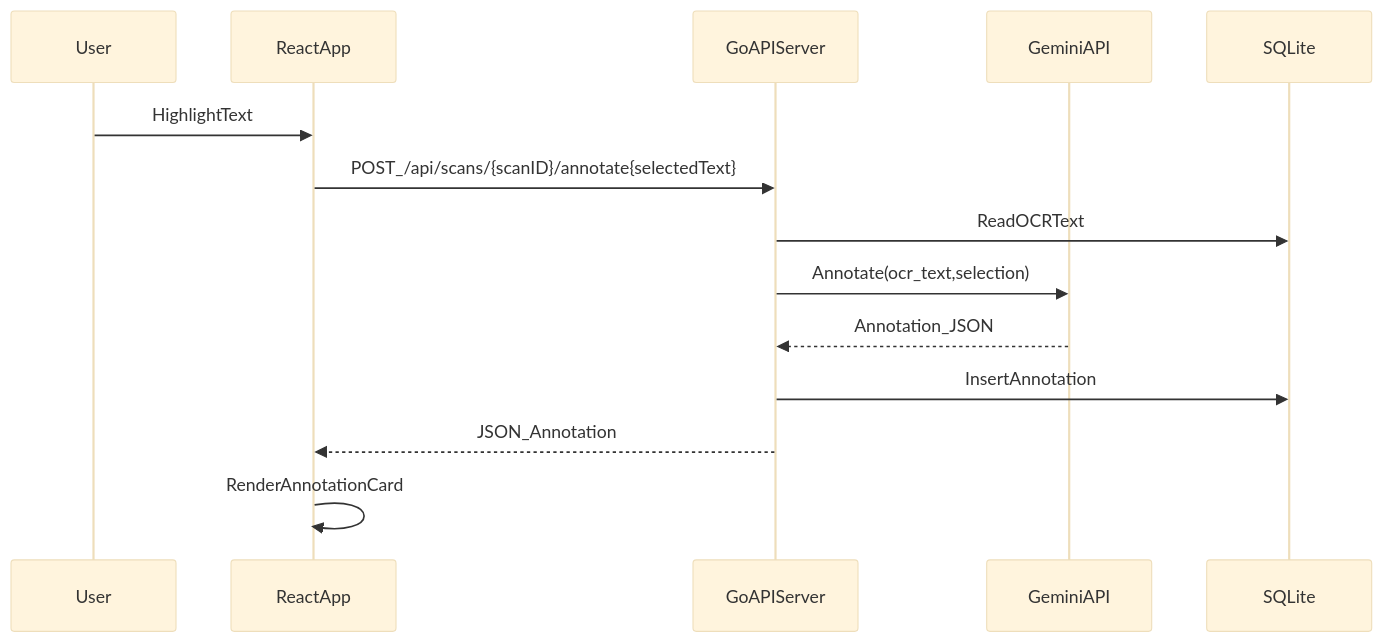
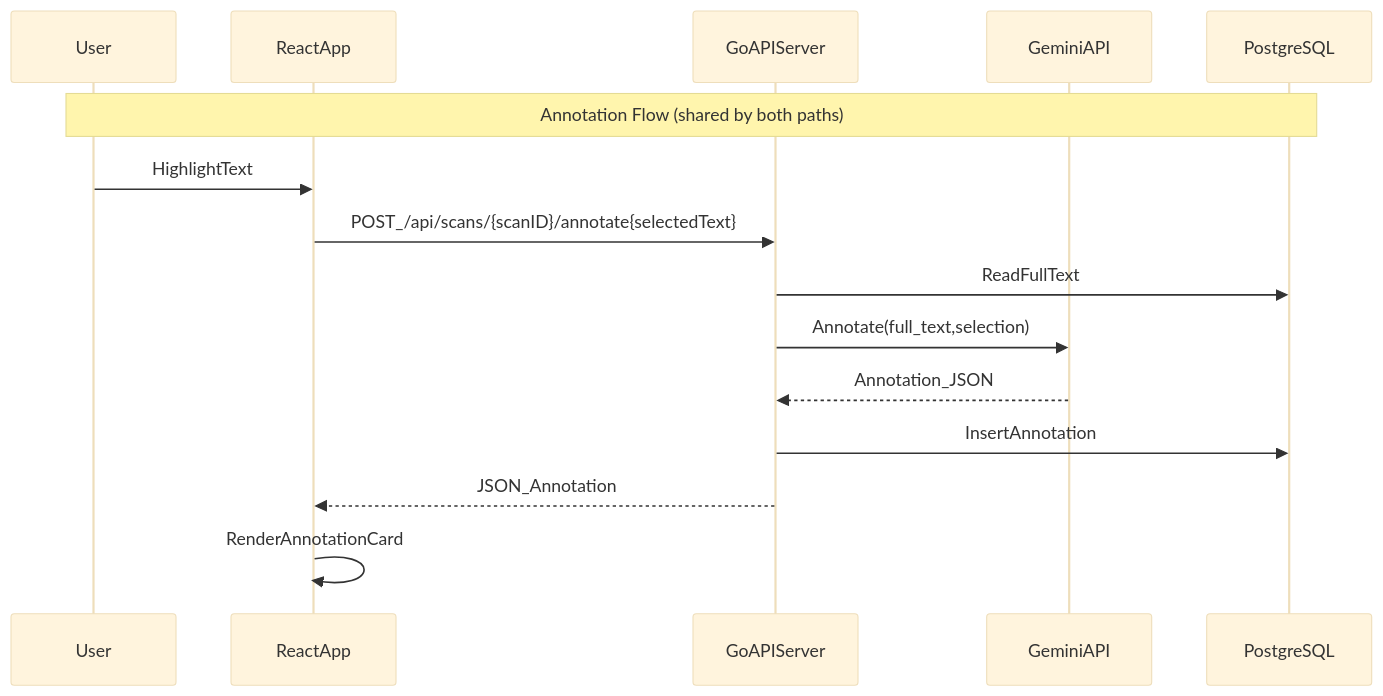
One commit to ventodeco/annota-gemini-hackathon-3 changed the fourth of 5 diagrams in docs/rfc.md. Above: the diagram before and after it, drawn with Mermaid (base theme). The commit also changed other lines of this file and 2 other files, not shown here.

````diff
--- a/docs/rfc.md
+++ b/docs/rfc.md
@@ -134,17 +196,18 @@
 ```mermaid
 sequenceDiagram
   participant U as User
   participant R as ReactApp
   participant S as GoAPIServer
   participant G as GeminiAPI
-  participant D as SQLite
+  participant D as PostgreSQL
 
+  Note over U,D: Annotation Flow (shared by both paths)
   U->>R: HighlightText
   R->>S: POST_/api/scans/{scanID}/annotate{selectedText}
-  S->>D: ReadOCRText
-  S->>G: Annotate(ocr_text,selection)
+  S->>D: ReadFullText
+  S->>G: Annotate(full_text,selection)
   G-->>S: Annotation_JSON
   S->>D: InsertAnnotation
   S-->>R: JSON_Annotation
   R->>R: RenderAnnotationCard
 ```
````
